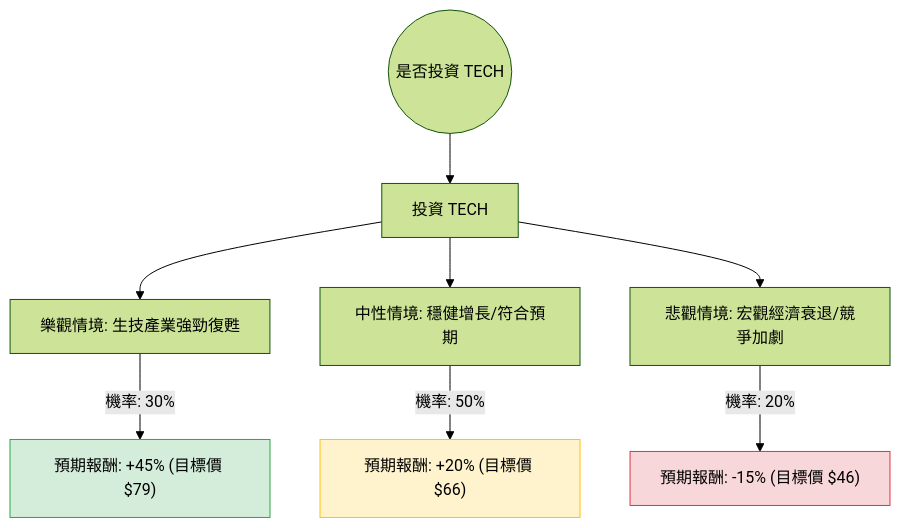
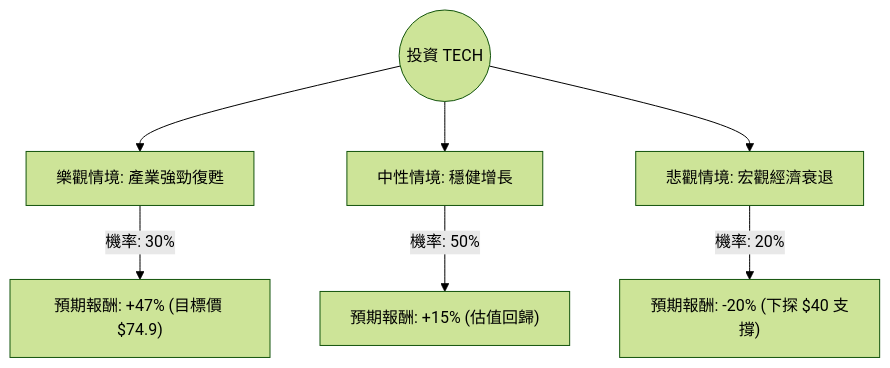
Before and after one commit to zmcx16/zmcx16.github.io: the diagram in plugin-react/ai-analysis/ev-analysis/TECH.md, drawn with Mermaid (forest theme). The commit also changed other lines of this file and 75 other files, not shown here.

````diff
--- a/plugin-react/ai-analysis/ev-analysis/TECH.md
+++ b/plugin-react/ai-analysis/ev-analysis/TECH.md
@@ -19,16 +22,10 @@
 ```mermaid
 graph TD
-    Start((是否投資 TECH)) --> Invest[投資 TECH]
-    
-    Invest --> Bull[樂觀情境: 生技產業強勁復甦]
-    Invest --> Base[中性情境: 穩健增長/符合預期]
-    Invest --> Bear[悲觀情境: 宏觀經濟衰退/競爭加劇]
+    Start((投資 TECH)) --> Bull[樂觀情境: 產業強勁復甦]
+    Start --> Base[中性情境: 穩健增長]
+    Start --> Bear[悲觀情境: 宏觀經濟衰退]
 
-    Bull -- "機率: 30%" --> BullVal["預期報酬: +45% (目標價 $79)"]
-    Base -- "機率: 50%" --> BaseVal["預期報酬: +20% (目標價 $66)"]
-    Bear -- "機率: 20%" --> BearVal["預期報酬: -15% (目標價 $46)"]
-
-    style BullVal fill:#d4edda,stroke:#28a745
-    style BaseVal fill:#fff3cd,stroke:#ffc107
-    style BearVal fill:#f8d7da,stroke:#dc3545
+    Bull -- "機率: 30%" --> BullVal["預期報酬: +47% (目標價 $74.9)"]
+    Base -- "機率: 50%" --> BaseVal["預期報酬: +15% (估值回歸)"]
+    Bear -- "機率: 20%" --> BearVal["預期報酬: -20% (下探 $40 支撐)"]
 ```
````
